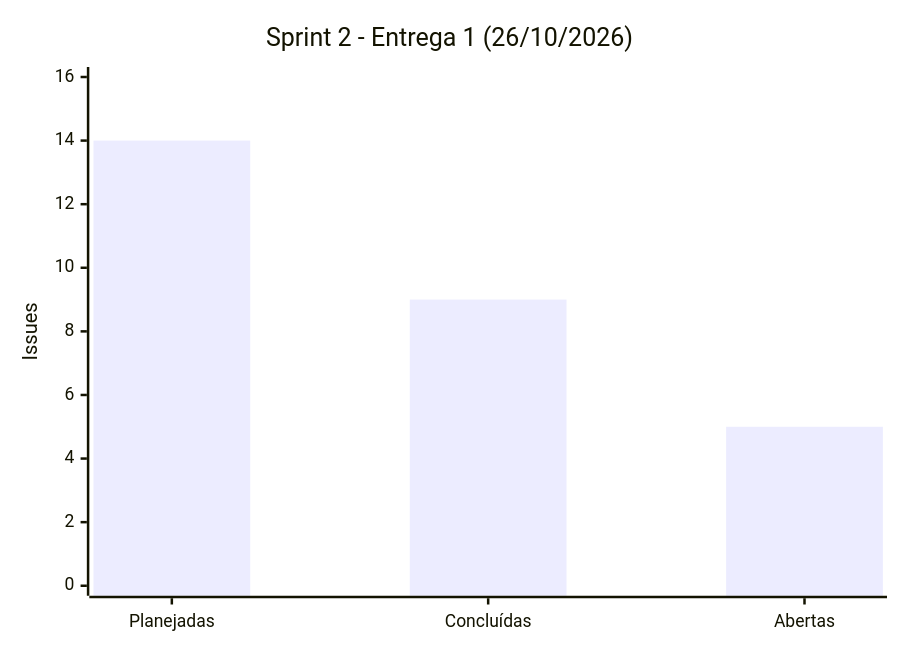
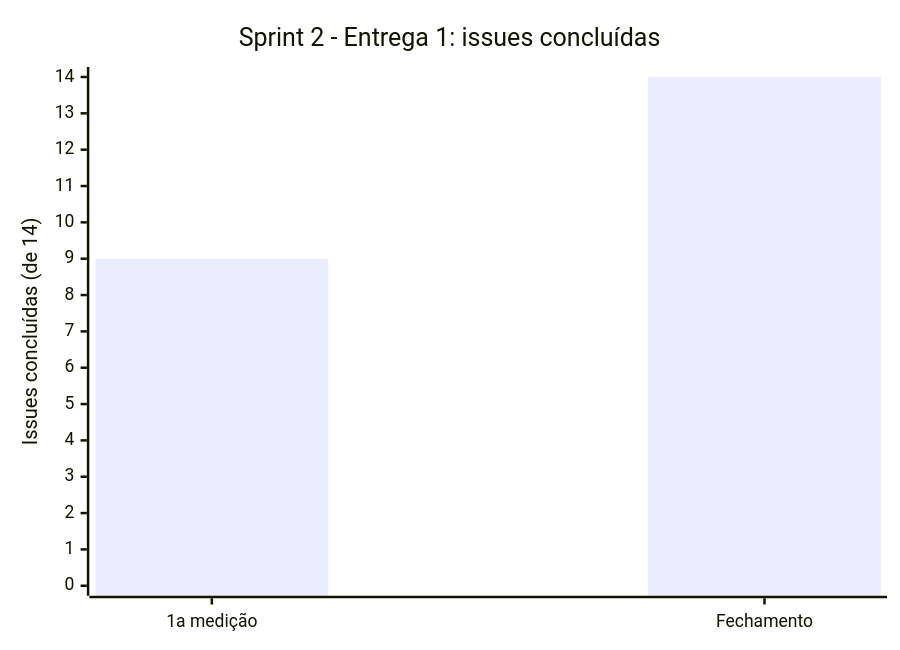
One commit to FCTE-Qualidade-de-Software-1/2026-2_T01_MARLYN_WESCOFF changed the diagram in docs/gestao/registro-medicoes.md. Above: the diagram before and after it, drawn with Mermaid. The commit also changed other lines of this file and 5 other files, not shown here.

````diff
--- a/docs/gestao/registro-medicoes.md
+++ b/docs/gestao/registro-medicoes.md
@@ -23,7 +24,7 @@
 ```mermaid
 xychart-beta
-    title "Sprint 2 - Entrega 1 (26/10/2026)"
-    x-axis ["Planejadas", "Concluídas", "Abertas"]
-    y-axis "Issues" 0 --> 16
-    bar [14, 9, 5]
+    title "Sprint 2 - Entrega 1: issues concluídas"
+    x-axis ["1a medição", "Fechamento"]
+    y-axis "Issues concluídas (de 14)" 0 --> 14
+    bar [9, 14]
 ```
````
